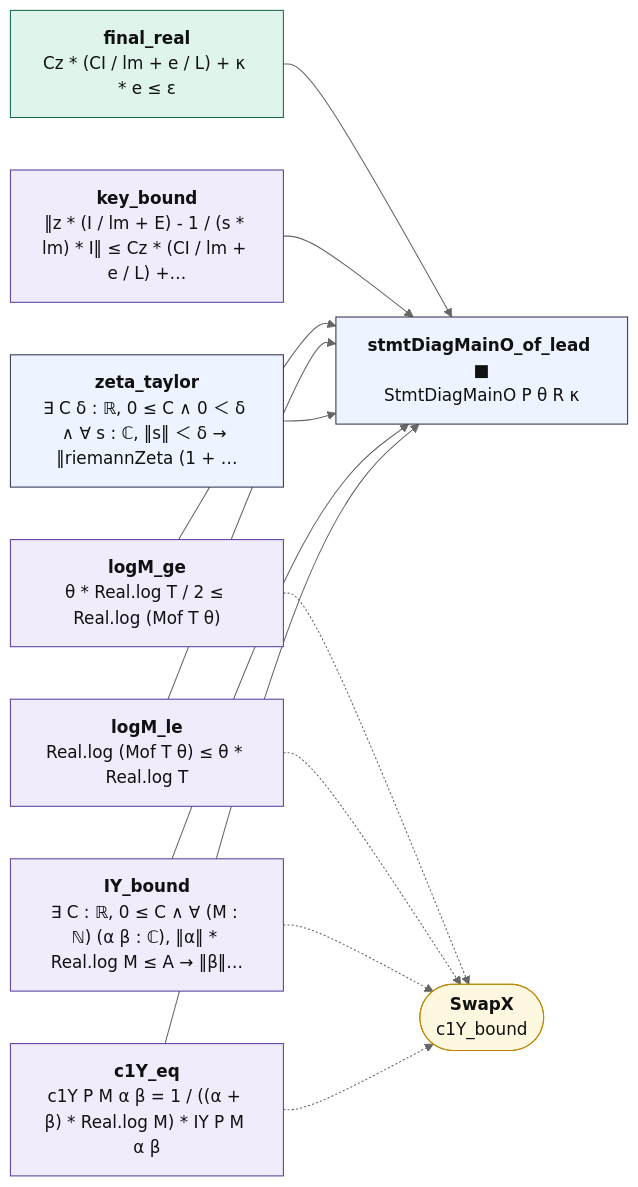
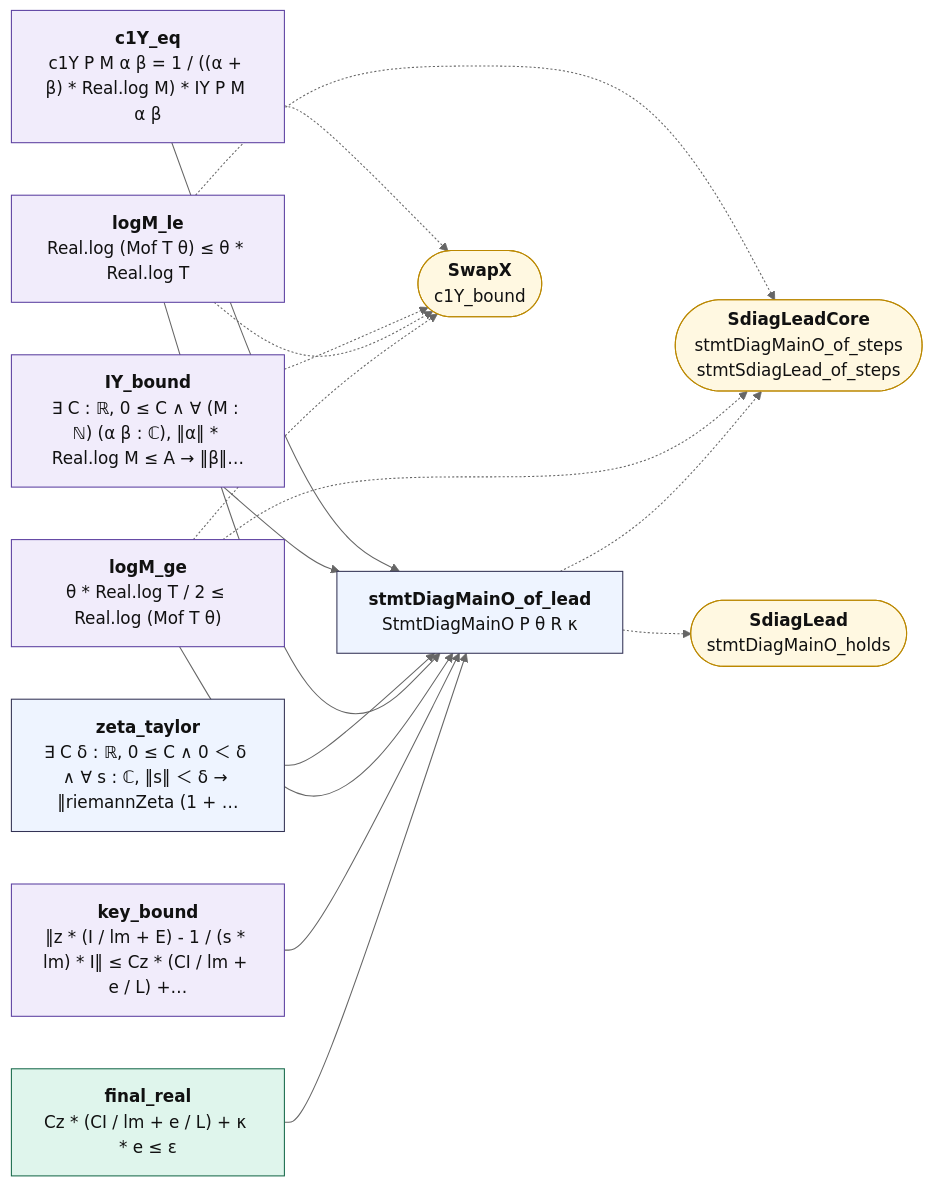
The diagram in map/lean_stage3/DiagMain.mmd (juliansambranojr/Primebeat_081426), drawn with Mermaid (neutral theme) before and after one commit. The commit also changed 35 other files, not shown here.

```diff
--- a/map/lean_stage3/DiagMain.mmd
+++ b/map/lean_stage3/DiagMain.mmd
@@ -1,29 +1,35 @@
 flowchart LR
   n0["<b>c1Y_eq</b><br/>c1Y P M α β = 1 / ((α + β) * Real.log M) * IY P M α β"]:::shp
   n1["<b>IY_bound</b><br/>∃ C : ℝ, 0 ≤ C ∧ ∀ (M : ℕ) (α β : ℂ), ‖α‖ * Real.log M ≤ A → ‖β‖…"]:::shp
   n2["<b>zeta_taylor</b><br/>∃ C δ : ℝ, 0 ≤ C ∧ 0 ＜ δ ∧ ∀ s : ℂ, ‖s‖ ＜ δ → ‖riemannZeta (1 + …"]:::thm
   n3["<b>logM_le</b><br/>Real.log (Mof T θ) ≤ θ * Real.log T"]:::shp
   n4["<b>logM_ge</b><br/>θ * Real.log T / 2 ≤ Real.log (Mof T θ)"]:::shp
   n5["<b>key_bound</b><br/>‖z * (I / lm + E) - 1 / (s * lm) * I‖ ≤ Cz * (CI / lm + e / L) +…"]:::shp
   n6["<b>final_real</b><br/>Cz * (CI / lm + e / L) + κ * e ≤ ε"]:::cnt
-  n7["<b>stmtDiagMainO_of_lead ■</b><br/>StmtDiagMainO P θ R κ"]:::thm
+  n7["<b>stmtDiagMainO_of_lead</b><br/>StmtDiagMainO P θ R κ"]:::thm
   x0(["<b>SwapX</b><br/>c1Y_bound"]):::ext
+  x1(["<b>SdiagLeadCore</b><br/>stmtDiagMainO_of_steps<br/>stmtSdiagLead_of_steps"]):::ext
+  x2(["<b>SdiagLead</b><br/>stmtDiagMainO_holds"]):::ext
   n0 --> n7
   n1 --> n7
   n2 --> n7
   n3 --> n7
   n4 --> n7
   n5 --> n7
   n6 --> n7
   n0 -.-> x0
   n1 -.-> x0
   n3 -.-> x0
+  n3 -.-> x1
   n4 -.-> x0
+  n4 -.-> x1
+  n7 -.-> x1
+  n7 -.-> x2
   classDef cnt fill:#dff5ec,stroke:#17694a,color:#111
   classDef shp fill:#f1ecfb,stroke:#5b3fa0,color:#111
   classDef rh fill:#ffe5e5,stroke:#c22,color:#111,stroke-width:2px
   classDef thm fill:#eef4ff,stroke:#335,color:#111
   classDef end_ fill:#e7f7e7,stroke:#2a7,color:#111,stroke-width:2px
   classDef lone fill:#fff,stroke:#999,color:#111,stroke-dasharray:4 3
   classDef bad fill:#ffe5e5,stroke:#c22,color:#111,stroke-width:2px
   classDef ext fill:#fff8e1,stroke:#b80,color:#111
```
